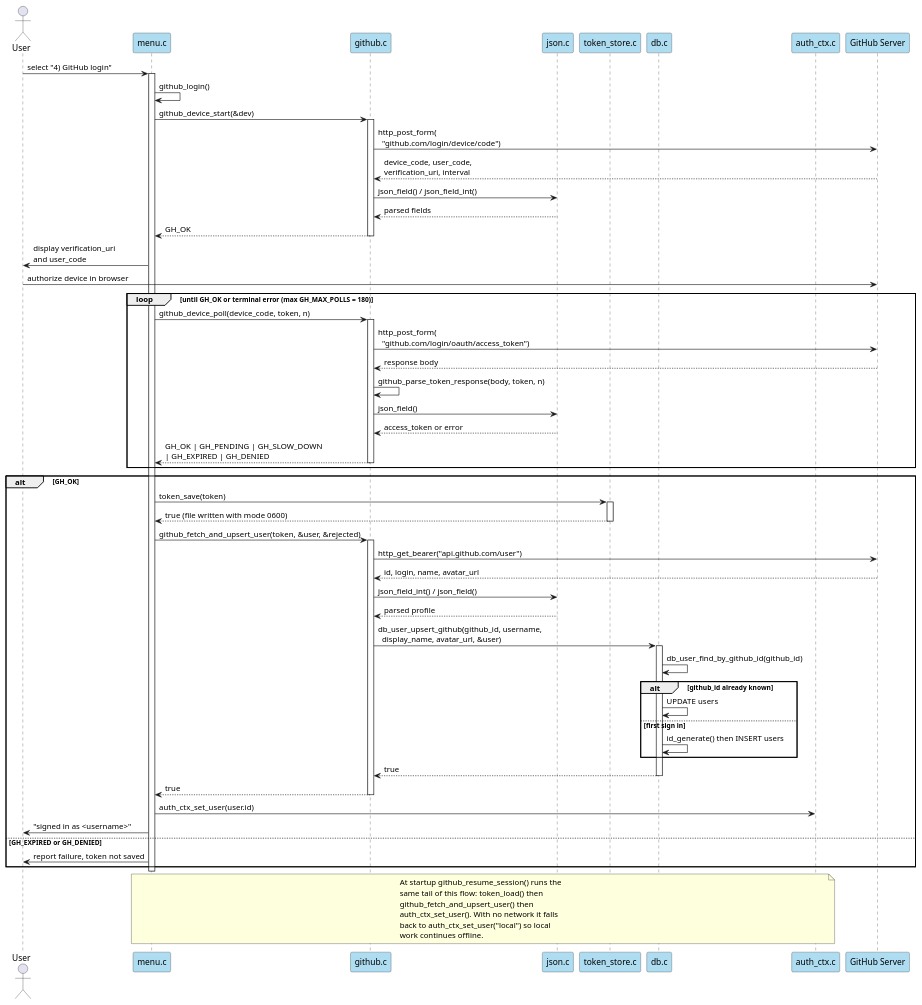
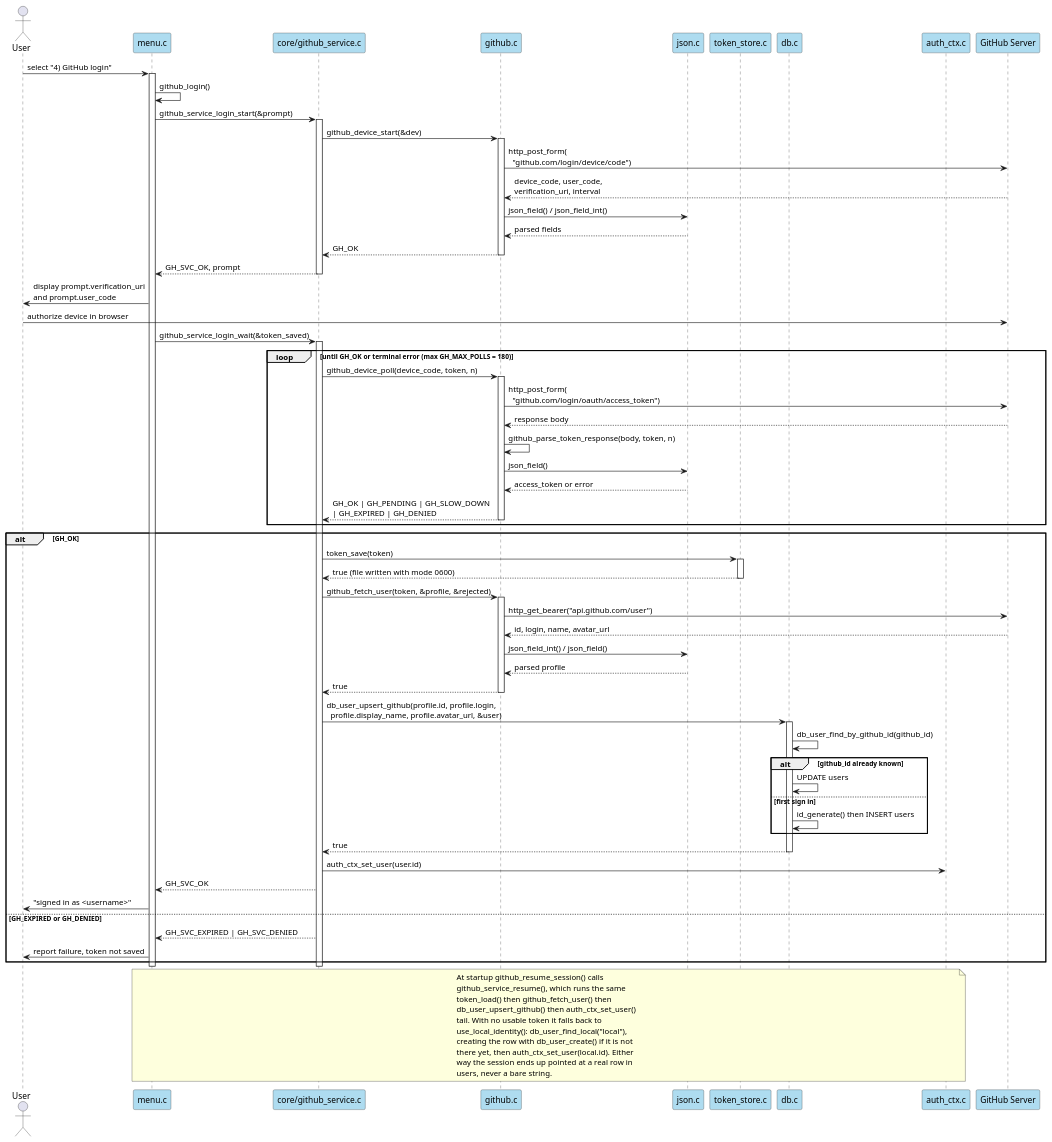
The diagram in docs/diagrams/04-seq-signin.puml (Wong-Yee-Jin/2026-50003-C3C8-RanchRelishers), drawn with PlantUML before and after one commit. The commit also changed 1 other file, not shown here.

Commit message:
docs: update class and sign-in diagrams for the github service

```diff
--- a/docs/diagrams/04-seq-signin.puml
+++ b/docs/diagrams/04-seq-signin.puml
@@ -1,93 +1,109 @@
 @startuml seq-signin
 ' UC1 Sign In with GitHub (device flow).
 ' Every message is the real C function name. Replaces the Meeting 2 web
 ' redirect flow, which had no equivalent in a terminal application.
 
 skinparam backgroundColor white
 skinparam sequence {
   ParticipantBackgroundColor #AEDCF0
   ParticipantBorderColor #333333
   LifeLineBorderColor #333333
 }
 
 actor User
 participant "menu.c" as menu
+participant "core/github_service.c" as svc
 participant "github.c" as gh
 participant "json.c" as json
 participant "token_store.c" as tok
 participant "db.c" as db
 participant "auth_ctx.c" as auth
 participant "GitHub Server" as server
 
 User -> menu : select "4) GitHub login"
 activate menu
 menu -> menu : github_login()
 
-menu -> gh : github_device_start(&dev)
+menu -> svc : github_service_login_start(&prompt)
+activate svc
+svc -> gh : github_device_start(&dev)
 activate gh
 gh -> server : http_post_form(\n  "github.com/login/device/code")
 server --> gh : device_code, user_code,\nverification_uri, interval
 gh -> json : json_field() / json_field_int()
 json --> gh : parsed fields
-gh --> menu : GH_OK
+gh --> svc : GH_OK
 deactivate gh
+svc --> menu : GH_SVC_OK, prompt
+deactivate svc
 
-menu -> User : display verification_uri\nand user_code
+menu -> User : display prompt.verification_uri\nand prompt.user_code
 User -> server : authorize device in browser
 
+menu -> svc : github_service_login_wait(&token_saved)
+activate svc
+
 loop until GH_OK or terminal error (max GH_MAX_POLLS = 180)
-  menu -> gh : github_device_poll(device_code, token, n)
+  svc -> gh : github_device_poll(device_code, token, n)
   activate gh
   gh -> server : http_post_form(\n  "github.com/login/oauth/access_token")
   server --> gh : response body
   gh -> gh : github_parse_token_response(body, token, n)
   gh -> json : json_field()
   json --> gh : access_token or error
-  gh --> menu : GH_OK | GH_PENDING | GH_SLOW_DOWN\n| GH_EXPIRED | GH_DENIED
+  gh --> svc : GH_OK | GH_PENDING | GH_SLOW_DOWN\n| GH_EXPIRED | GH_DENIED
   deactivate gh
 end
 
 alt GH_OK
-  menu -> tok : token_save(token)
+  svc -> tok : token_save(token)
   activate tok
-  tok --> menu : true (file written with mode 0600)
+  tok --> svc : true (file written with mode 0600)
   deactivate tok
 
-  menu -> gh : github_fetch_and_upsert_user(token, &user, &rejected)
+  svc -> gh : github_fetch_user(token, &profile, &rejected)
   activate gh
   gh -> server : http_get_bearer("api.github.com/user")
   server --> gh : id, login, name, avatar_url
   gh -> json : json_field_int() / json_field()
   json --> gh : parsed profile
-  gh -> db : db_user_upsert_github(github_id, username,\n  display_name, avatar_url, &user)
+  gh --> svc : true
+  deactivate gh
+
+  svc -> db : db_user_upsert_github(profile.id, profile.login,\n  profile.display_name, profile.avatar_url, &user)
   activate db
   db -> db : db_user_find_by_github_id(github_id)
   alt github_id already known
     db -> db : UPDATE users
   else first sign in
     db -> db : id_generate() then INSERT users
   end
-  db --> gh : true
+  db --> svc : true
   deactivate db
-  gh --> menu : true
-  deactivate gh
 
-  menu -> auth : auth_ctx_set_user(user.id)
+  svc -> auth : auth_ctx_set_user(user.id)
+  svc --> menu : GH_SVC_OK
   menu -> User : "signed in as <username>"
 
 else GH_EXPIRED or GH_DENIED
+  svc --> menu : GH_SVC_EXPIRED | GH_SVC_DENIED
   menu -> User : report failure, token not saved
 end
 
+deactivate svc
 deactivate menu
 
 note over menu, auth
-  At startup github_resume_session() runs the
-  same tail of this flow: token_load() then
-  github_fetch_and_upsert_user() then
-  auth_ctx_set_user(). With no network it falls
-  back to auth_ctx_set_user("local") so local
-  work continues offline.
+  At startup github_resume_session() calls
+  github_service_resume(), which runs the same
+  token_load() then github_fetch_user() then
+  db_user_upsert_github() then auth_ctx_set_user()
+  tail. With no usable token it falls back to
+  use_local_identity(): db_user_find_local("local"),
+  creating the row with db_user_create() if it is not
+  there yet, then auth_ctx_set_user(local.id). Either
+  way the session ends up pointed at a real row in
+  users, never a bare string.
 end note
 
 @enduml
```
